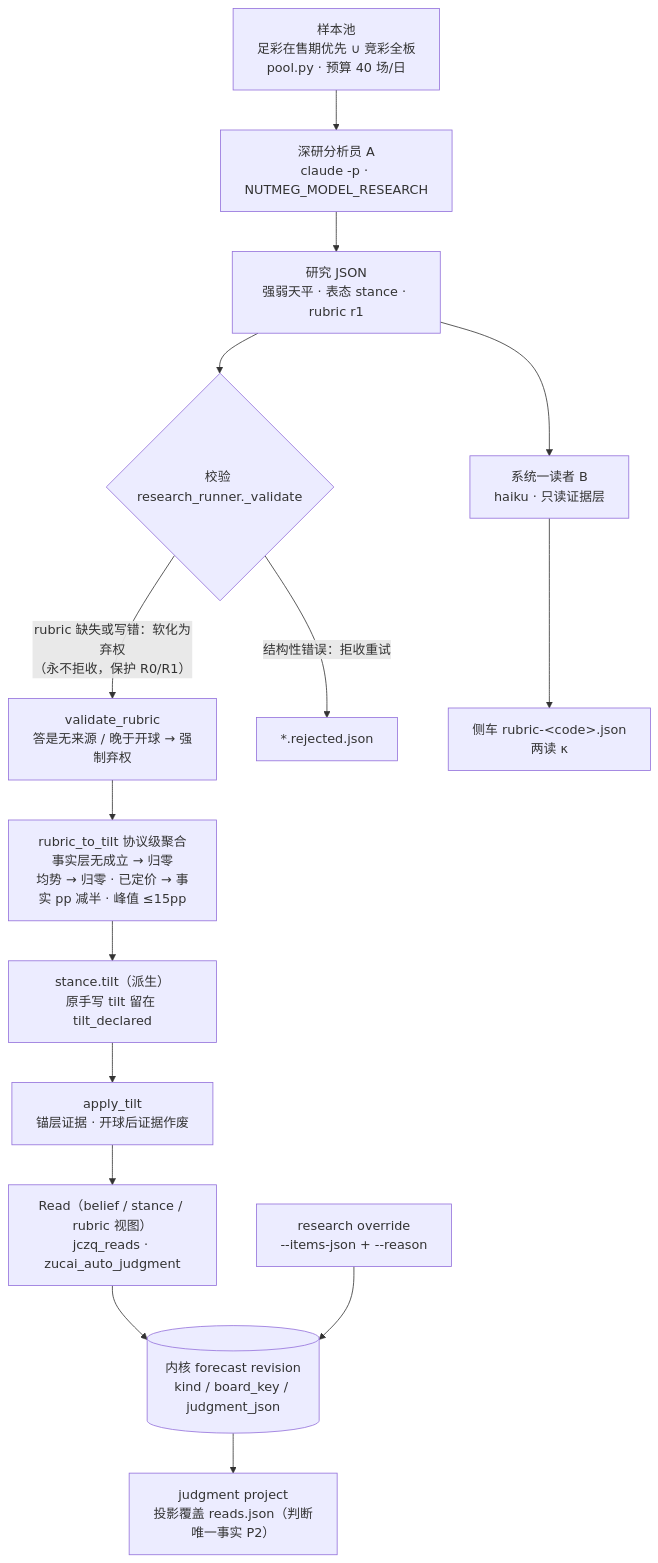
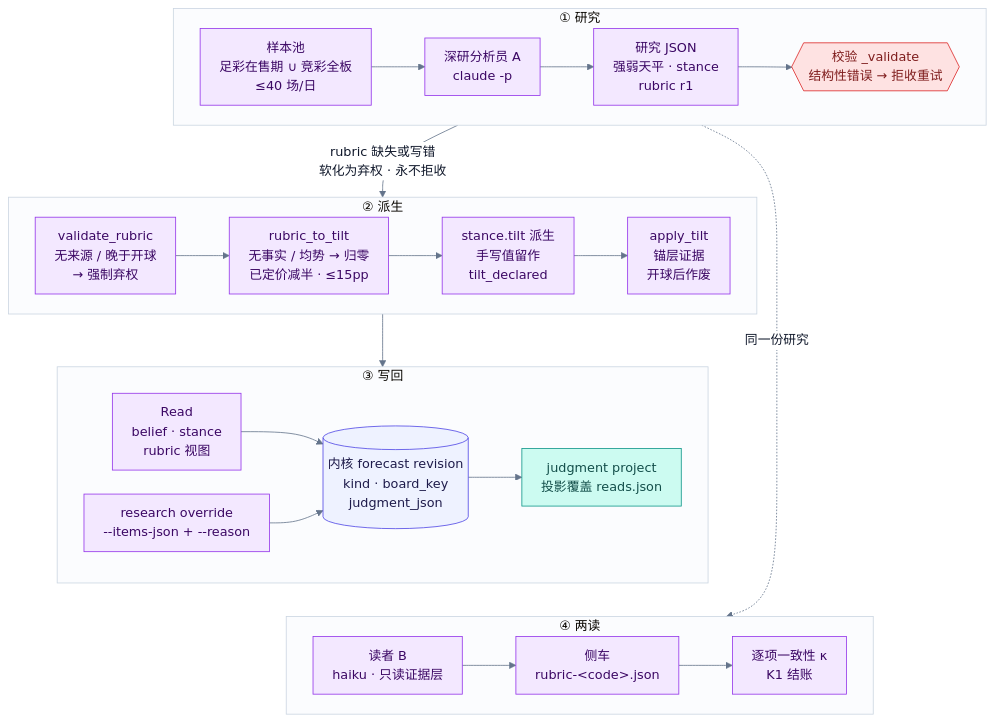
The fourth of 10 diagrams in docs/ARCHITECTURE.md (Jerenus/Nutmeg), drawn with Mermaid before and after one commit. The commit also changed other lines of this file and 3 other files, not shown here.

````diff
--- a/docs/ARCHITECTURE.md
+++ b/docs/ARCHITECTURE.md
@@ -177,17 +244,34 @@
 ```mermaid
-flowchart TD
-  A["样本池<br/>足彩在售期优先 ∪ 竞彩全板<br/>pool.py · 预算 40 场/日"] --> B["深研分析员 A<br/>claude -p · NUTMEG_MODEL_RESEARCH"]
-  B --> C["研究 JSON<br/>强弱天平 · 表态 stance · rubric r1"]
-  C --> D{"校验 research_runner._validate"}
-  D -->|"rubric 缺失或写错：软化为弃权<br/>（永不拒收，保护 R0/R1）"| E["validate_rubric<br/>答是无来源 / 晚于开球 → 强制弃权"]
-  D -->|"结构性错误：拒收重试"| X["*.rejected.json"]
-  E --> F["rubric_to_tilt 协议级聚合<br/>事实层无成立 → 归零<br/>均势 → 归零 · 已定价 → 事实 pp 减半 · 峰值 ≤15pp"]
-  F --> G["stance.tilt（派生）<br/>原手写 tilt 留在 tilt_declared"]
-  G --> H["apply_tilt<br/>锚层证据 · 开球后证据作废"]
-  H --> I["Read（belief / stance / rubric 视图）<br/>jczq_reads · zucai_auto_judgment"]
-  I --> J[("内核 forecast revision<br/>kind / board_key / judgment_json")]
-  J --> K["judgment project<br/>投影覆盖 reads.json（判断唯一事实 P2）"]
-  C --> L["系统一读者 B<br/>haiku · 只读证据层"]
-  L --> M["侧车 rubric-&lt;code&gt;.json<br/>两读 κ"]
-  N["research override<br/>--items-json + --reason"] --> J
+%%{init: {"theme": "base", "themeVariables": {"fontSize": "16px", "lineColor": "#64748B", "clusterBkg": "#FBFCFE", "clusterBorder": "#CBD5E1", "edgeLabelBackground": "#FFFFFF", "primaryTextColor": "#0F172A"}, "flowchart": {"curve": "basis", "padding": 12, "nodeSpacing": 30, "rankSpacing": 42}}}%%
+flowchart TB
+  subgraph R1["① 研究"]
+    direction LR
+    A["样本池<br/>足彩在售期 ∪ 竞彩全板<br/>≤40 场/日"] --> B["深研分析员 A<br/>claude -p"] --> C["研究 JSON<br/>强弱天平 · stance<br/>rubric r1"] --> D{{"校验 _validate<br/>结构性错误 → 拒收重试"}}
+  end
+  subgraph R2["② 派生"]
+    direction LR
+    E["validate_rubric<br/>无来源 / 晚于开球<br/>→ 强制弃权"] --> F["rubric_to_tilt<br/>无事实 / 均势 → 归零<br/>已定价减半 · ≤15pp"] --> G["stance.tilt 派生<br/>手写值留作<br/>tilt_declared"] --> H["apply_tilt<br/>锚层证据<br/>开球后作废"]
+  end
+  subgraph R3["③ 写回"]
+    direction LR
+    I["Read<br/>belief · stance<br/>rubric 视图"] --> J[("内核 forecast revision<br/>kind · board_key<br/>judgment_json")] --> K["judgment project<br/>投影覆盖 reads.json"]
+    N["research override<br/>--items-json + --reason"] --> J
+  end
+  subgraph R4["④ 两读"]
+    direction LR
+    L["读者 B<br/>haiku · 只读证据层"] --> M["侧车<br/>rubric-&lt;code&gt;.json"] --> KK["逐项一致性 κ<br/>K1 结账"]
+  end
+  R1 -->|"rubric 缺失或写错<br/>软化为弃权 · 永不拒收"| R2
+  R2 --> R3
+  R3 ~~~ R4
+  R1 -.->|"同一份研究"| R4
+
+  classDef jud fill:#F3E8FF,stroke:#9333EA,color:#3B0764
+  classDef warn fill:#FEE2E2,stroke:#DC2626,color:#7F1D1D
+  classDef store fill:#EEF2FF,stroke:#4F46E5,color:#1E1B4B
+  classDef out fill:#CCFBF1,stroke:#0D9488,color:#134E4A
+  class A,B,C,E,F,G,H,I,N,L,M,KK jud
+  class D warn
+  class J store
+  class K out
 ```
````
